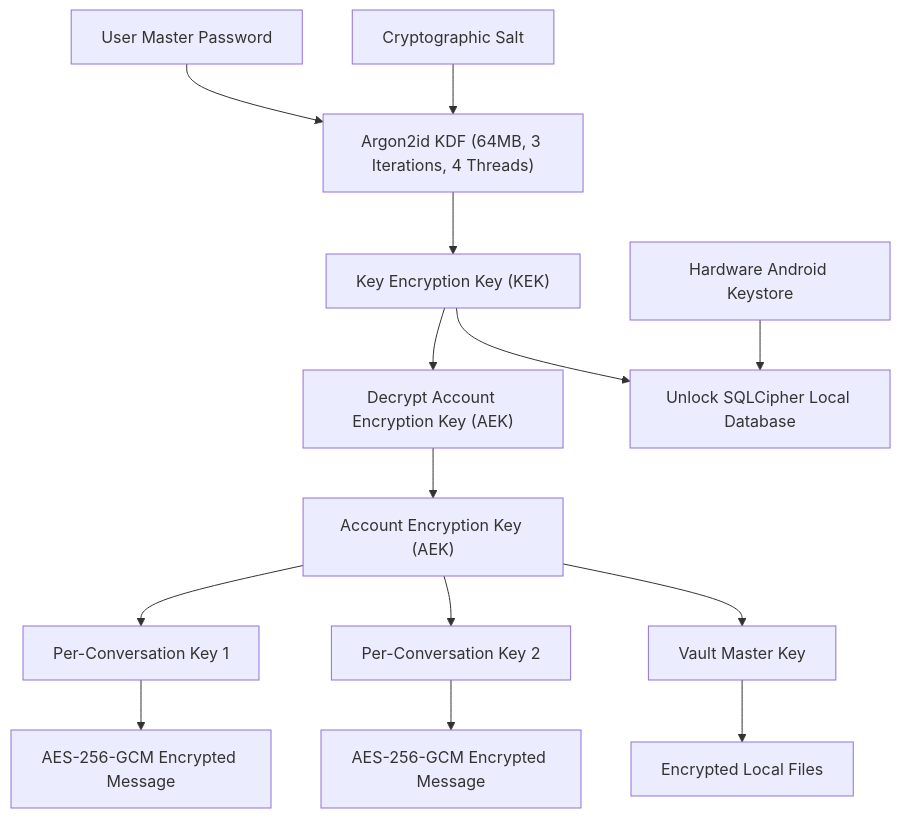
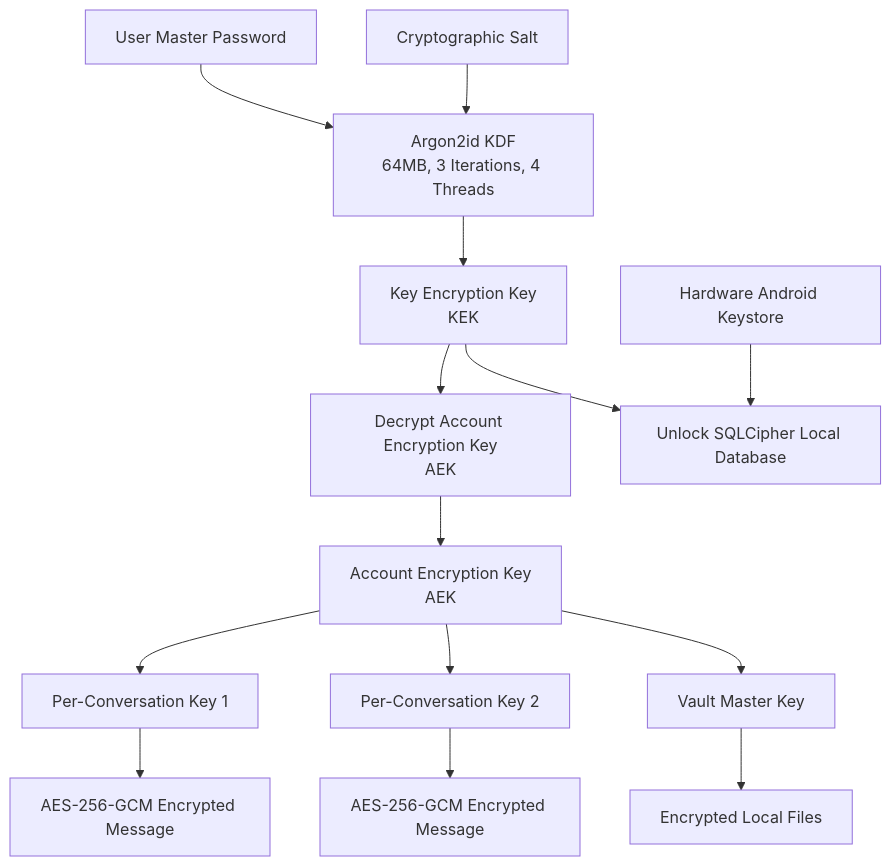
One commit to Keeftalk/Android changed the third of 5 diagrams in README.md. Above: the diagram before and after it, drawn with Mermaid. The commit also changed other lines of this file, not shown here.

````diff
--- a/README.md
+++ b/README.md
@@ -210,21 +210,21 @@
 ```mermaid
-graph TD
-    PASS["User Master Password"] --> KDF["Argon2id KDF (64MB, 3 Iterations, 4 Threads)"]
+flowchart TD
+    PASS["User Master Password"] --> KDF["Argon2id KDF<br/>64MB, 3 Iterations, 4 Threads"]
     SALT["Cryptographic Salt"] --> KDF
-    KDF --> KEK["Key Encryption Key (KEK)"]
-    
-    KEK --> DEC_AEK["Decrypt Account Encryption Key (AEK)"]
+    KDF --> KEK["Key Encryption Key<br/>KEK"]
+
+    KEK --> DEC_AEK["Decrypt Account Encryption Key<br/>AEK"]
     KEK --> DEC_DB["Unlock SQLCipher Local Database"]
-    
+
     KEYSTORE["Hardware Android Keystore"] --> DEC_DB
-    
-    DEC_AEK --> AEK["Account Encryption Key (AEK)"]
+
+    DEC_AEK --> AEK["Account Encryption Key<br/>AEK"]
     AEK --> PCK1["Per-Conversation Key 1"]
     AEK --> PCK2["Per-Conversation Key 2"]
-    
+
     PCK1 --> MSG1["AES-256-GCM Encrypted Message"]
     PCK2 --> MSG2["AES-256-GCM Encrypted Message"]
-    
+
     AEK --> VAULT_KEY["Vault Master Key"]
     VAULT_KEY --> VAULT_FILE["Encrypted Local Files"]
 ```
````
